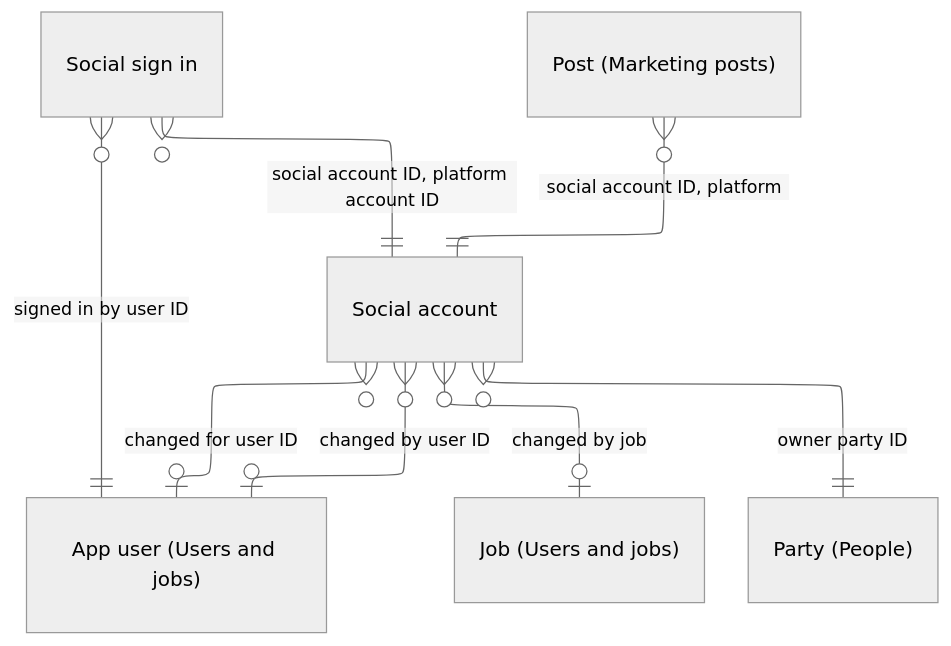
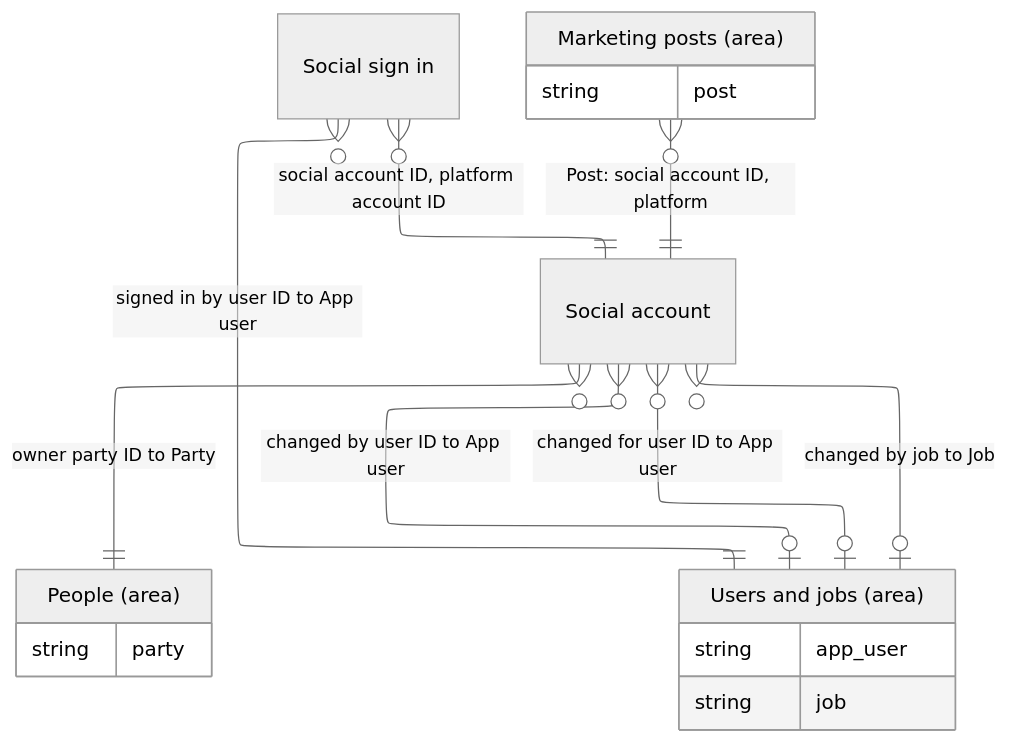
Before and after one commit to DoctorCRE/doctorcre-engine: the diagram in docs/database/tables/viewpoint-social-accounts.md, drawn with Mermaid (neutral theme). The commit also changed 152 other files, not shown here.

````diff
--- a/docs/database/tables/viewpoint-social-accounts.md
+++ b/docs/database/tables/viewpoint-social-accounts.md
@@ -3,19 +3,29 @@
 ```mermaid
 ---
 config:
   layout: elk
   er:
     nodeSpacing: 22
     rankSpacing: 44
 ---
 erDiagram
   "Social account"
   "Social sign in"
-  "Post (Marketing posts)" }o--|| "Social account" : "social account ID, platform"
-  "Social account" }o--o| "App user (Users and jobs)" : "changed by user ID"
-  "Social account" }o--o| "App user (Users and jobs)" : "changed for user ID"
-  "Social account" }o--o| "Job (Users and jobs)" : "changed by job"
-  "Social account" }o--|| "Party (People)" : "owner party ID"
-  "Social sign in" }o--|| "App user (Users and jobs)" : "signed in by user ID"
+  "Marketing posts (area)" {
+    string post
+  }
+  "People (area)" {
+    string party
+  }
+  "Users and jobs (area)" {
+    string app_user
+    string job
+  }
+  "Marketing posts (area)" }o--|| "Social account" : "Post: social account ID, platform"
+  "Social account" }o--o| "Users and jobs (area)" : "changed by user ID to App user"
+  "Social account" }o--o| "Users and jobs (area)" : "changed for user ID to App user"
+  "Social account" }o--o| "Users and jobs (area)" : "changed by job to Job"
+  "Social account" }o--|| "People (area)" : "owner party ID to Party"
+  "Social sign in" }o--|| "Users and jobs (area)" : "signed in by user ID to App user"
   "Social sign in" }o--|| "Social account" : "social account ID, platform account ID"
 ```
````
